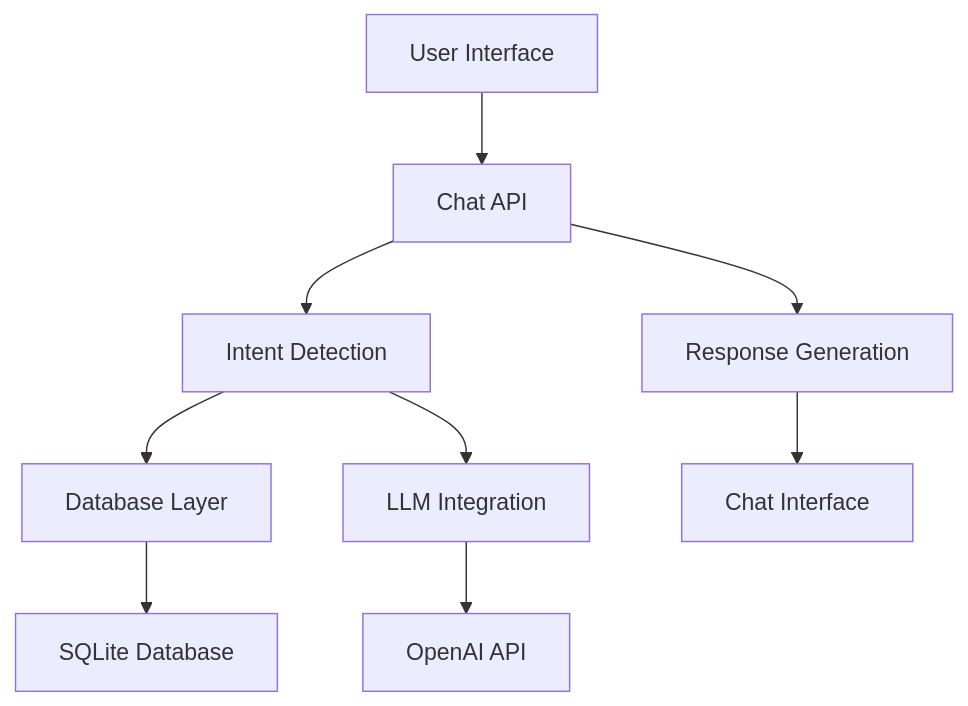
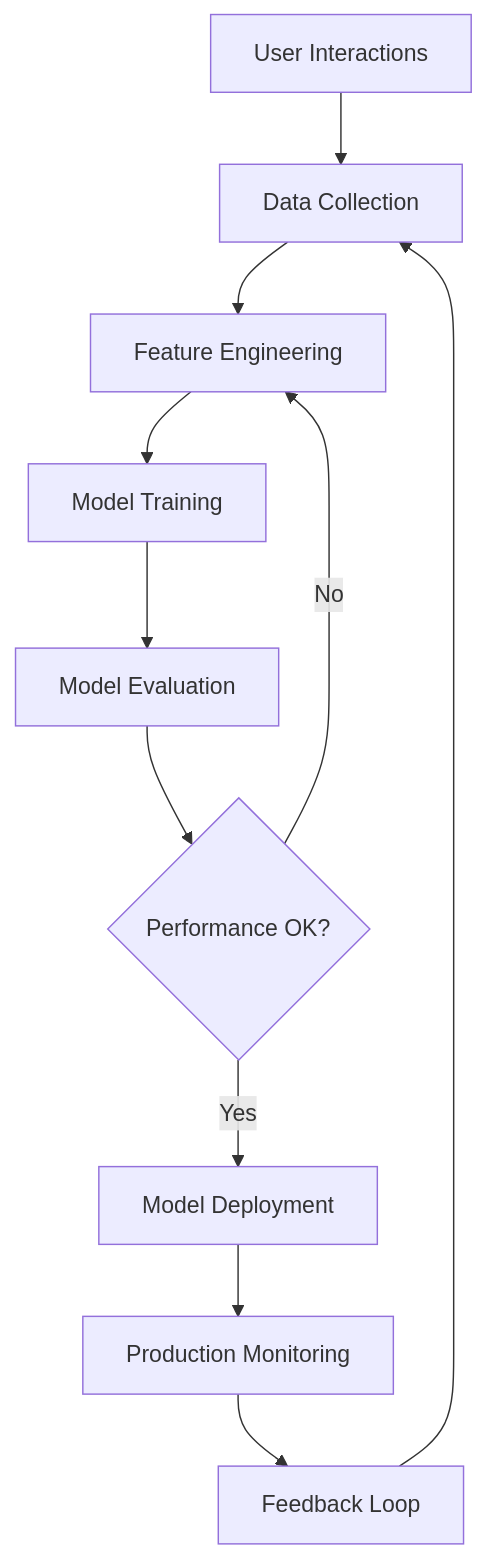
One commit to RensithUdara/Customer-Support-Chatbot changed diagram 13 of 19 in submission.md. Above: the diagram before and after it, drawn with Mermaid. The commit also changed other lines of this file, not shown here.

````diff
--- a/submission.md
+++ b/submission.md
@@ -75,11 +818,13 @@
 ```mermaid
-graph TD
-    A[User Interface] --> B[Chat API]
-    B --> C[Intent Detection]
-    C --> D[Database Layer]
-    C --> E[LLM Integration]
-    D --> F[SQLite Database]
-    E --> G[OpenAI API]
-    B --> H[Response Generation]
-    H --> I[Chat Interface]
+flowchart TD
+    A[User Interactions] --> B[Data Collection]
+    B --> C[Feature Engineering]
+    C --> D[Model Training]
+    D --> E[Model Evaluation]
+    E --> F{Performance OK?}
+    F -->|No| C
+    F -->|Yes| G[Model Deployment]
+    G --> H[Production Monitoring]
+    H --> I[Feedback Loop]
+    I --> B
 ```
````
